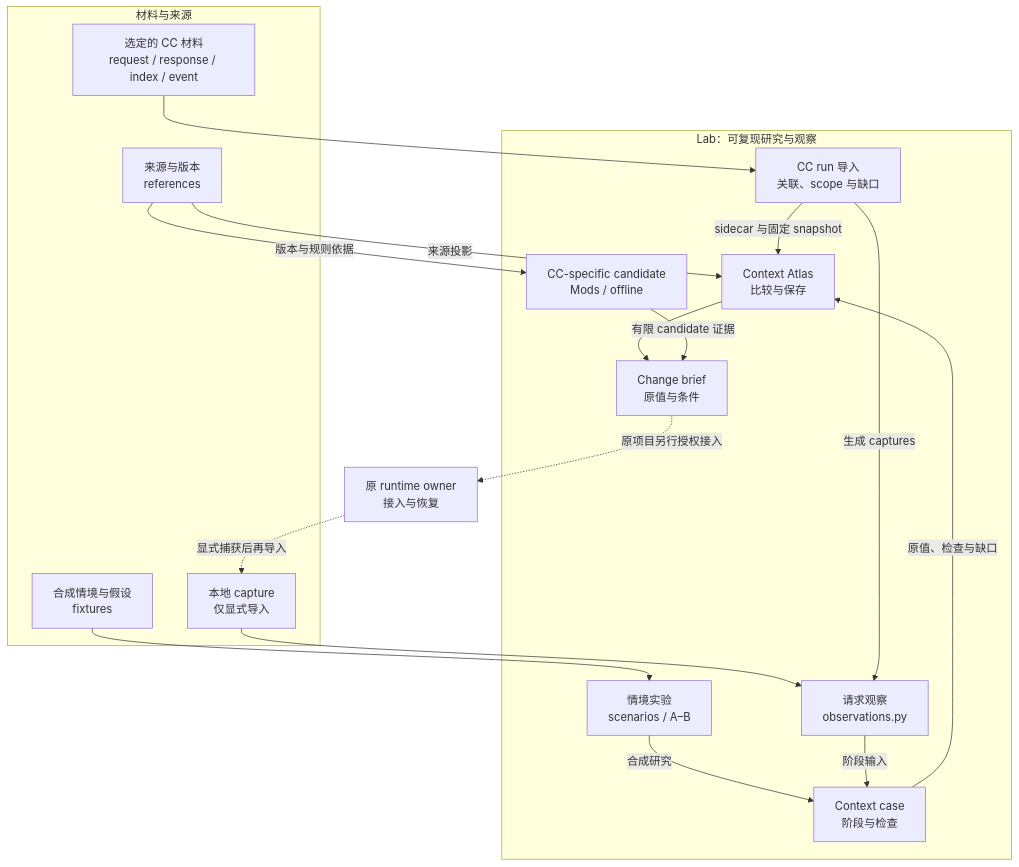
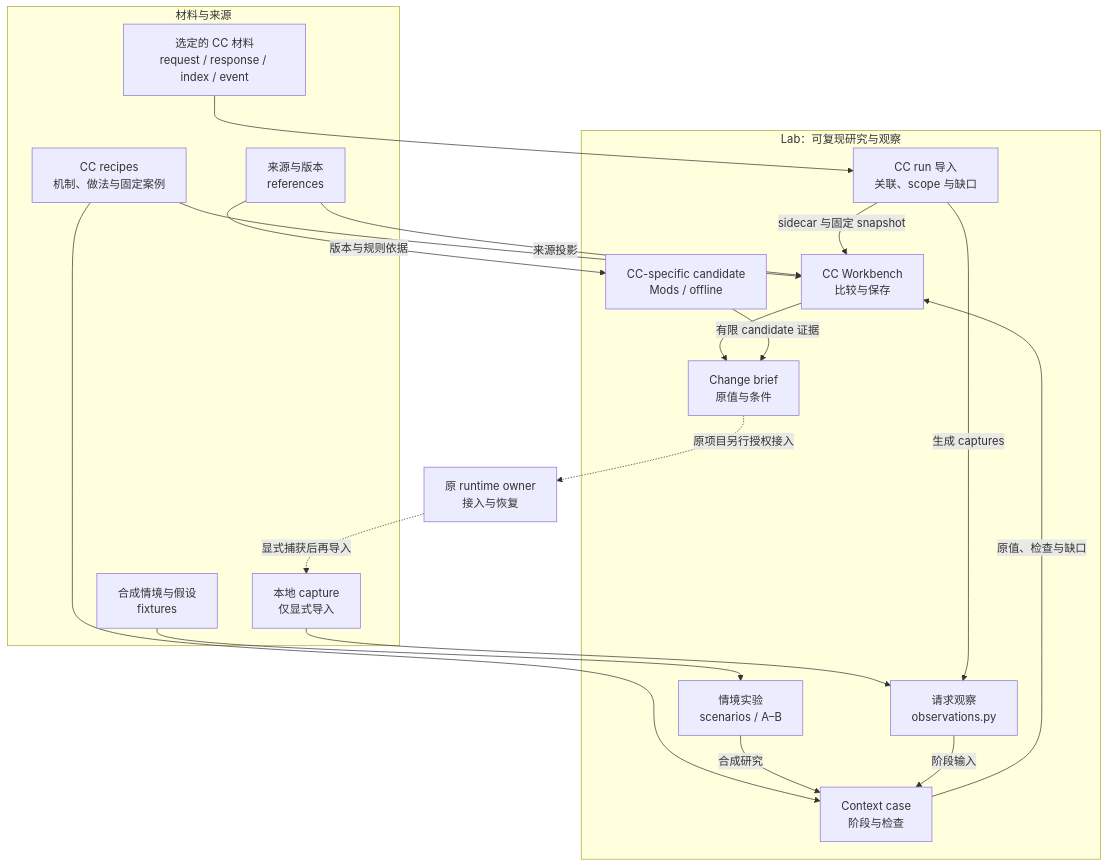
The diagram in README.md (IndelibleVivi/cc-context-lab), drawn with Mermaid before and after one commit. The commit also changed other lines of this file and 31 other files, not shown here.

Commit message:
shape CC-only handbook and recipe workbench

````diff
--- a/README.md
+++ b/README.md
@@ -19,33 +33,36 @@
 ```mermaid
 flowchart TB
   subgraph INPUT["材料与来源"]
     REF["来源与版本<br/>references"]
     FIX["合成情境与假设<br/>fixtures"]
+    RECIPE["CC recipes<br/>机制、做法与固定案例"]
     CAP["本地 capture<br/>仅显式导入"]
     RAW["选定的 CC 材料<br/>request / response / index / event"]
   end
   subgraph LAB["Lab：可复现研究与观察"]
     ENGINE["情境实验<br/>scenarios / A–B"]
     OBS["请求观察<br/>observations.py"]
     RUN["CC run 导入<br/>关联、scope 与缺口"]
     CASE["Context case<br/>阶段与检查"]
-    ATLAS["Context Atlas<br/>比较与保存"]
+    ATLAS["CC Workbench<br/>比较与保存"]
     CC["CC-specific candidate<br/>Mods / offline"]
     BRIEF["Change brief<br/>原值与条件"]
   end
   OWNER["原 runtime owner<br/>接入与恢复"]
+  RECIPE --> CASE
+  RECIPE --> ATLAS
   FIX --> ENGINE
   CAP --> OBS
   RAW --> RUN
   RUN -->|"生成 captures"| OBS
   RUN -->|"sidecar 与固定 snapshot"| ATLAS
   ENGINE -->|"合成研究"| CASE
   OBS -->|"阶段输入"| CASE
   CASE -->|"原值、检查与缺口"| ATLAS
   REF -->|"来源投影"| ATLAS
   REF -->|"版本与规则依据"| CC
   ATLAS --> BRIEF
   CC -->|"有限 candidate 证据"| BRIEF
   BRIEF -. "原项目另行授权接入" .-> OWNER
   OWNER -. "显式捕获后再导入" .-> CAP
 ```
````
